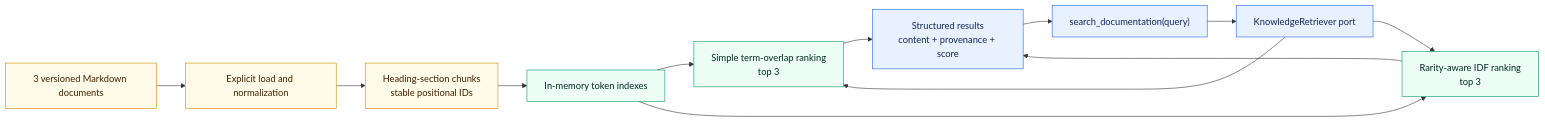
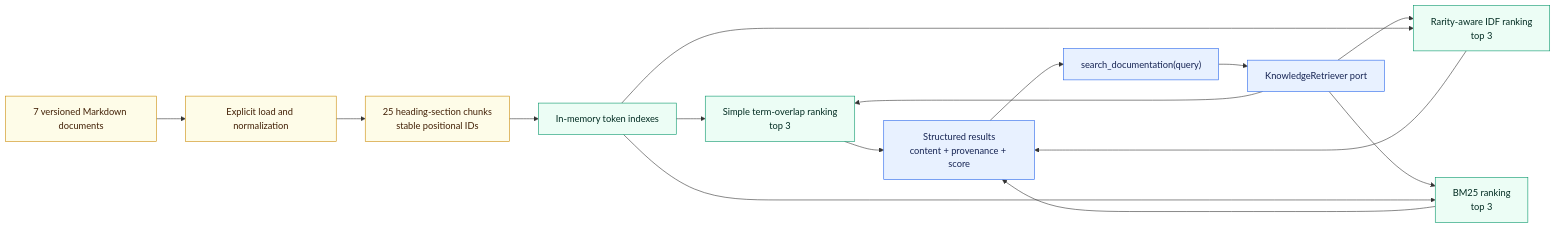
The second of 11 diagrams in docs/architecture/overview.md (aboerzel/industrial-ai-agent), drawn with Mermaid before and after one commit. The commit also changed other lines of this file and 19 other files, not shown here.

````diff
--- a/docs/architecture/overview.md
+++ b/docs/architecture/overview.md
@@ -77,21 +82,24 @@
 ```mermaid
 flowchart LR
-    Docs["3 versioned Markdown documents"] --> Load["Explicit load and normalization"]
-    Load --> Chunk["Heading-section chunks<br/>stable positional IDs"]
+    Docs["7 versioned Markdown documents"] --> Load["Explicit load and normalization"]
+    Load --> Chunk["25 heading-section chunks<br/>stable positional IDs"]
     Chunk --> Index["In-memory token indexes"]
     Query["search_documentation(query)"] --> Port["KnowledgeRetriever port"]
     Port --> Simple["Simple term-overlap ranking<br/>top 3"]
     Port --> IDFSearch["Rarity-aware IDF ranking<br/>top 3"]
+    Port --> BM25Search["BM25 ranking<br/>top 3"]
     Index --> Simple
     Index --> IDFSearch
+    Index --> BM25Search
     Simple --> Results["Structured results<br/>content + provenance + score"]
     IDFSearch --> Results
+    BM25Search --> Results
     Results --> Query
 
     classDef data fill:#fefce8,stroke:#ca8a04,color:#422006
     classDef core fill:#e8f1ff,stroke:#2563eb,color:#172554
     classDef adapter fill:#ecfdf5,stroke:#059669,color:#022c22
     class Docs,Load,Chunk data
     class Query,Port,Results core
-    class Index,Simple,IDFSearch adapter
+    class Index,Simple,IDFSearch,BM25Search adapter
 ```
````
